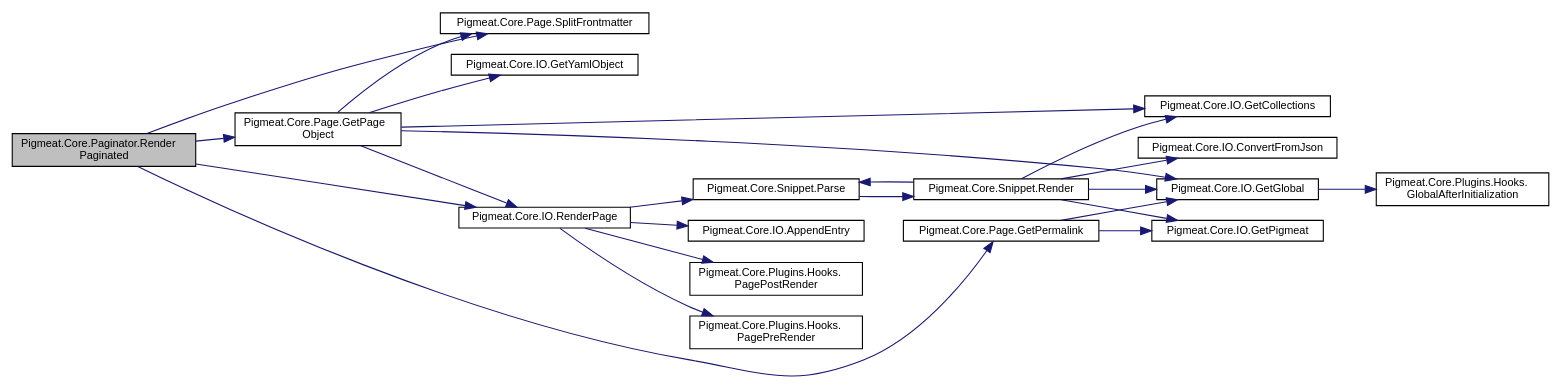
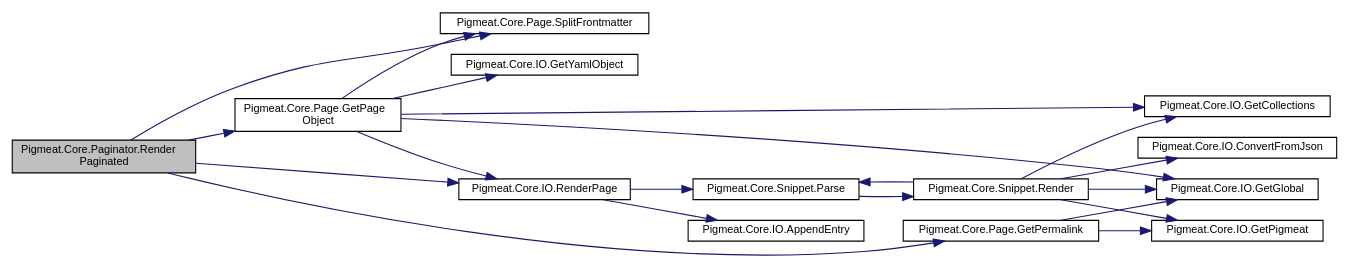
Before and after one commit to milovidov983/Pigmeat: the diagram in class_pigmeat_1_1_core_1_1_paginator_a38c0bfdf8bfe439eb2a3e58a638c823a_cgraph.dot, drawn with Graphviz. The commit also changed 198 other files, not shown here.

```diff
--- a/class_pigmeat_1_1_core_1_1_paginator_a38c0bfdf8bfe439eb2a3e58a638c823a_cgraph.dot
+++ b/class_pigmeat_1_1_core_1_1_paginator_a38c0bfdf8bfe439eb2a3e58a638c823a_cgraph.dot
@@ -1,44 +1,38 @@
 digraph "Pigmeat.Core.Paginator.RenderPaginated"
 {
   edge [fontname="Helvetica",fontsize="10",labelfontname="Helvetica",labelfontsize="10"];
   node [fontname="Helvetica",fontsize="10",shape=record];
   rankdir="LR";
   Node0 [label="Pigmeat.Core.Paginator.Render\lPaginated",height=0.2,width=0.4,color="black", fillcolor="grey75", style="filled", fontcolor="black"];
   Node0 -> Node1 [color="midnightblue",fontsize="10",style="solid",fontname="Helvetica"];
   Node1 [label="Pigmeat.Core.Page.GetPage\lObject",height=0.2,width=0.4,color="black", fillcolor="white", style="filled",URL="$class_pigmeat_1_1_core_1_1_page.html#a3a2dee942bb7b2f763ce5d1caba4163d",tooltip="Parses a given page into a JObject "];
   Node1 -> Node2 [color="midnightblue",fontsize="10",style="solid",fontname="Helvetica"];
   Node2 [label="Pigmeat.Core.Page.SplitFrontmatter",height=0.2,width=0.4,color="black", fillcolor="white", style="filled",URL="$class_pigmeat_1_1_core_1_1_page.html#adeeba3432008a2b7718ad52c2e0ae058",tooltip="Gets the YAML of the frontmatter for a given page "];
   Node1 -> Node3 [color="midnightblue",fontsize="10",style="solid",fontname="Helvetica"];
   Node3 [label="Pigmeat.Core.IO.GetYamlObject",height=0.2,width=0.4,color="black", fillcolor="white", style="filled",URL="$class_pigmeat_1_1_core_1_1_i_o.html#a65785eb7263115da1c592b06597727f5",tooltip="Convert YAML data into JObject "];
   Node1 -> Node4 [color="midnightblue",fontsize="10",style="solid",fontname="Helvetica"];
   Node4 [label="Pigmeat.Core.IO.GetGlobal",height=0.2,width=0.4,color="black", fillcolor="white", style="filled",URL="$class_pigmeat_1_1_core_1_1_i_o.html#a8f84ec34a489ed4c83089b16308ddc7f",tooltip="Get file representing project&#39;s Global context "];
-  Node4 -> Node5 [color="midnightblue",fontsize="10",style="solid",fontname="Helvetica"];
-  Node5 [label="Pigmeat.Core.Plugins.Hooks.\lGlobalAfterInitialization",height=0.2,width=0.4,color="black", fillcolor="white", style="filled",URL="$class_pigmeat_1_1_core_1_1_plugins_1_1_hooks.html#ab2e3f7c36307a442db4ad8da510d2ee0",tooltip="Immediately after getting the global context"];
+  Node1 -> Node5 [color="midnightblue",fontsize="10",style="solid",fontname="Helvetica"];
+  Node5 [label="Pigmeat.Core.IO.GetCollections",height=0.2,width=0.4,color="black", fillcolor="white", style="filled",URL="$class_pigmeat_1_1_core_1_1_i_o.html#a95f27be3fb9f5fd7e668f903c4e1cfb4",tooltip="Create a JObject to merge with the Global context containing each collection&#39;s collection.json data "];
   Node1 -> Node6 [color="midnightblue",fontsize="10",style="solid",fontname="Helvetica"];
-  Node6 [label="Pigmeat.Core.IO.GetCollections",height=0.2,width=0.4,color="black", fillcolor="white", style="filled",URL="$class_pigmeat_1_1_core_1_1_i_o.html#a95f27be3fb9f5fd7e668f903c4e1cfb4",tooltip="Create a JObject to merge with the Global context containing each collection&#39;s collection.json data "];
-  Node1 -> Node7 [color="midnightblue",fontsize="10",style="solid",fontname="Helvetica"];
-  Node7 [label="Pigmeat.Core.IO.RenderPage",height=0.2,width=0.4,color="black", fillcolor="white", style="filled",URL="$class_pigmeat_1_1_core_1_1_i_o.html#a60f49d31957620c308423cad19dbf5f6",tooltip="Take layout, place Markdig-parsed content in layout, evaluate includes, render with Scriban ..."];
+  Node6 [label="Pigmeat.Core.IO.RenderPage",height=0.2,width=0.4,color="black", fillcolor="white", style="filled",URL="$class_pigmeat_1_1_core_1_1_i_o.html#a60f49d31957620c308423cad19dbf5f6",tooltip="Take layout, place Markdig-parsed content in layout, evaluate includes, render with Scriban ..."];
+  Node6 -> Node7 [color="midnightblue",fontsize="10",style="solid",fontname="Helvetica"];
+  Node7 [label="Pigmeat.Core.Snippet.Parse",height=0.2,width=0.4,color="black", fillcolor="white", style="filled",URL="$class_pigmeat_1_1_core_1_1_snippet.html#a54ea5e1d3a8cd6308a1b1c9f01457146",tooltip="Parses through each {! snippet !} call in a page and evaluates them "];
   Node7 -> Node8 [color="midnightblue",fontsize="10",style="solid",fontname="Helvetica"];
-  Node8 [label="Pigmeat.Core.Plugins.Hooks.\lPagePreRender",height=0.2,width=0.4,color="black", fillcolor="white", style="filled",URL="$class_pigmeat_1_1_core_1_1_plugins_1_1_hooks.html#a30ab361c94c635258dbd8ed9b42b1327",tooltip="Just before rendering a page"];
-  Node7 -> Node9 [color="midnightblue",fontsize="10",style="solid",fontname="Helvetica"];
-  Node9 [label="Pigmeat.Core.Snippet.Parse",height=0.2,width=0.4,color="black", fillcolor="white", style="filled",URL="$class_pigmeat_1_1_core_1_1_snippet.html#a54ea5e1d3a8cd6308a1b1c9f01457146",tooltip="Parses through each {! snippet !} call in a page and evaluates them "];
-  Node9 -> Node10 [color="midnightblue",fontsize="10",style="solid",fontname="Helvetica"];
-  Node10 [label="Pigmeat.Core.Snippet.Render",height=0.2,width=0.4,color="black", fillcolor="white", style="filled",URL="$class_pigmeat_1_1_core_1_1_snippet.html#ac3dd182d3699b9997372e1baa768de2b",tooltip="Renders Snippets "];
-  Node10 -> Node4 [color="midnightblue",fontsize="10",style="solid",fontname="Helvetica"];
-  Node10 -> Node6 [color="midnightblue",fontsize="10",style="solid",fontname="Helvetica"];
-  Node10 -> Node11 [color="midnightblue",fontsize="10",style="solid",fontname="Helvetica"];
-  Node11 [label="Pigmeat.Core.IO.ConvertFromJson",height=0.2,width=0.4,color="black", fillcolor="white", style="filled",URL="$class_pigmeat_1_1_core_1_1_i_o.html#a821d02a0d3f636011b2dc0f8e8703e18",tooltip="Convert JObject to Scriban objects "];
-  Node10 -> Node12 [color="midnightblue",fontsize="10",style="solid",fontname="Helvetica"];
-  Node12 [label="Pigmeat.Core.IO.GetPigmeat",height=0.2,width=0.4,color="black", fillcolor="white", style="filled",URL="$class_pigmeat_1_1_core_1_1_i_o.html#ab52a010415630b7063180fd58759eab3",tooltip="Get JObject representing project&#39;s Pigmeat context "];
-  Node10 -> Node9 [color="midnightblue",fontsize="10",style="solid",fontname="Helvetica"];
-  Node7 -> Node13 [color="midnightblue",fontsize="10",style="solid",fontname="Helvetica"];
-  Node13 [label="Pigmeat.Core.IO.AppendEntry",height=0.2,width=0.4,color="black", fillcolor="white", style="filled",URL="$class_pigmeat_1_1_core_1_1_i_o.html#a513be40f796bdadd8f6eb31f2446716a",tooltip="Adds JObject representations of pages in a collection to the collection&#39;s entries field in its collec..."];
-  Node7 -> Node14 [color="midnightblue",fontsize="10",style="solid",fontname="Helvetica"];
-  Node14 [label="Pigmeat.Core.Plugins.Hooks.\lPagePostRender",height=0.2,width=0.4,color="black", fillcolor="white", style="filled",URL="$class_pigmeat_1_1_core_1_1_plugins_1_1_hooks.html#a6e5e78f601dbc7245682031d2ad378fa",tooltip="After rendering a page, but before writing it to disk"];
+  Node8 [label="Pigmeat.Core.Snippet.Render",height=0.2,width=0.4,color="black", fillcolor="white", style="filled",URL="$class_pigmeat_1_1_core_1_1_snippet.html#ac3dd182d3699b9997372e1baa768de2b",tooltip="Renders Snippets "];
+  Node8 -> Node4 [color="midnightblue",fontsize="10",style="solid",fontname="Helvetica"];
+  Node8 -> Node5 [color="midnightblue",fontsize="10",style="solid",fontname="Helvetica"];
+  Node8 -> Node9 [color="midnightblue",fontsize="10",style="solid",fontname="Helvetica"];
+  Node9 [label="Pigmeat.Core.IO.ConvertFromJson",height=0.2,width=0.4,color="black", fillcolor="white", style="filled",URL="$class_pigmeat_1_1_core_1_1_i_o.html#a821d02a0d3f636011b2dc0f8e8703e18",tooltip="Convert JObject to Scriban objects "];
+  Node8 -> Node10 [color="midnightblue",fontsize="10",style="solid",fontname="Helvetica"];
+  Node10 [label="Pigmeat.Core.IO.GetPigmeat",height=0.2,width=0.4,color="black", fillcolor="white", style="filled",URL="$class_pigmeat_1_1_core_1_1_i_o.html#ab52a010415630b7063180fd58759eab3",tooltip="Get JObject representing project&#39;s Pigmeat context "];
+  Node8 -> Node7 [color="midnightblue",fontsize="10",style="solid",fontname="Helvetica"];
+  Node6 -> Node11 [color="midnightblue",fontsize="10",style="solid",fontname="Helvetica"];
+  Node11 [label="Pigmeat.Core.IO.AppendEntry",height=0.2,width=0.4,color="black", fillcolor="white", style="filled",URL="$class_pigmeat_1_1_core_1_1_i_o.html#a513be40f796bdadd8f6eb31f2446716a",tooltip="Adds JObject representations of pages in a collection to the collection&#39;s entries field in its collec..."];
   Node0 -> Node2 [color="midnightblue",fontsize="10",style="solid",fontname="Helvetica"];
-  Node0 -> Node15 [color="midnightblue",fontsize="10",style="solid",fontname="Helvetica"];
-  Node15 [label="Pigmeat.Core.Page.GetPermalink",height=0.2,width=0.4,color="black", fillcolor="white", style="filled",URL="$class_pigmeat_1_1_core_1_1_page.html#a22b69a07b899c8d9825fb388357ce3b7",tooltip="Parses the permalink using given metadata to generate an output path "];
-  Node15 -> Node4 [color="midnightblue",fontsize="10",style="solid",fontname="Helvetica"];
-  Node15 -> Node12 [color="midnightblue",fontsize="10",style="solid",fontname="Helvetica"];
-  Node0 -> Node7 [color="midnightblue",fontsize="10",style="solid",fontname="Helvetica"];
+  Node0 -> Node12 [color="midnightblue",fontsize="10",style="solid",fontname="Helvetica"];
+  Node12 [label="Pigmeat.Core.Page.GetPermalink",height=0.2,width=0.4,color="black", fillcolor="white", style="filled",URL="$class_pigmeat_1_1_core_1_1_page.html#a22b69a07b899c8d9825fb388357ce3b7",tooltip="Parses the permalink using given metadata to generate an output path "];
+  Node12 -> Node4 [color="midnightblue",fontsize="10",style="solid",fontname="Helvetica"];
+  Node12 -> Node10 [color="midnightblue",fontsize="10",style="solid",fontname="Helvetica"];
+  Node0 -> Node6 [color="midnightblue",fontsize="10",style="solid",fontname="Helvetica"];
 }
```
